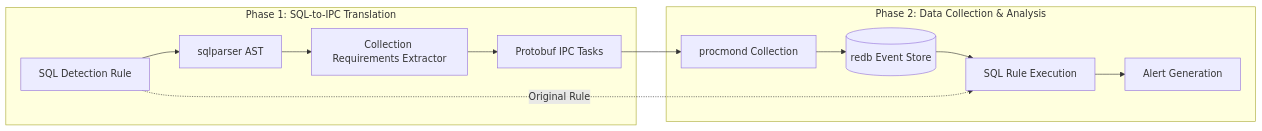
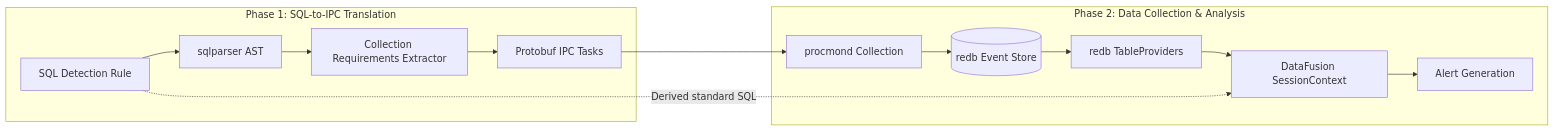
The diagram in docs/src/technical/query-pipeline.md (EvilBit-Labs/DaemonEye), drawn with Mermaid before and after one commit. The commit also changed other lines of this file and 79 other files, not shown here.

````diff
--- a/docs/src/technical/query-pipeline.md
+++ b/docs/src/technical/query-pipeline.md
@@ -11,17 +13,18 @@
 ```mermaid
 flowchart LR
     subgraph "Phase 1: SQL-to-IPC Translation"
         SQL[SQL Detection Rule] --> Parser[sqlparser AST]
         Parser --> Extractor[Collection Requirements Extractor]
         Extractor --> IPC[Protobuf IPC Tasks]
     end
 
     subgraph "Phase 2: Data Collection & Analysis"
         IPC --> Procmond[procmond Collection]
         Procmond --> DB[(redb Event Store)]
-        DB --> SQLExec[SQL Rule Execution]
-        SQLExec --> Alerts[Alert Generation]
+        DB --> TP[redb TableProviders]
+        TP --> DF[DataFusion SessionContext]
+        DF --> Alerts[Alert Generation]
     end
 
-    SQL -.->|Original Rule| SQLExec
+    SQL -.->|Derived standard SQL| DF
 ```
````
